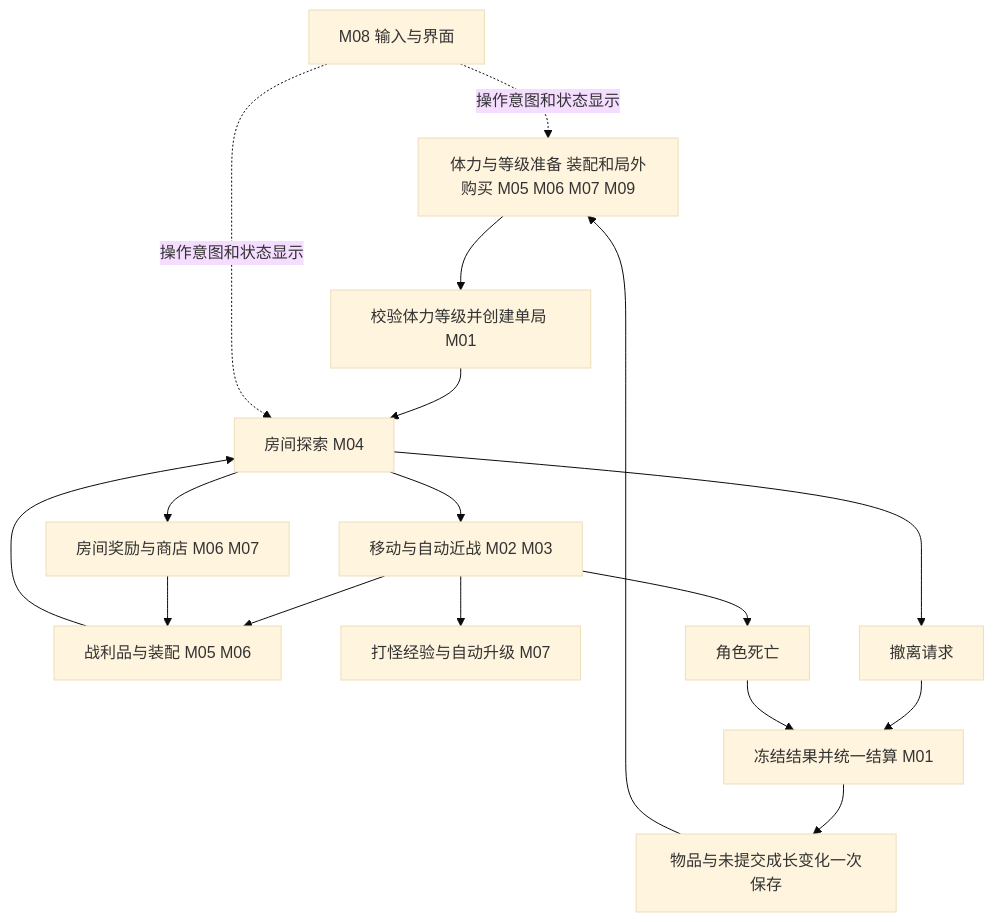
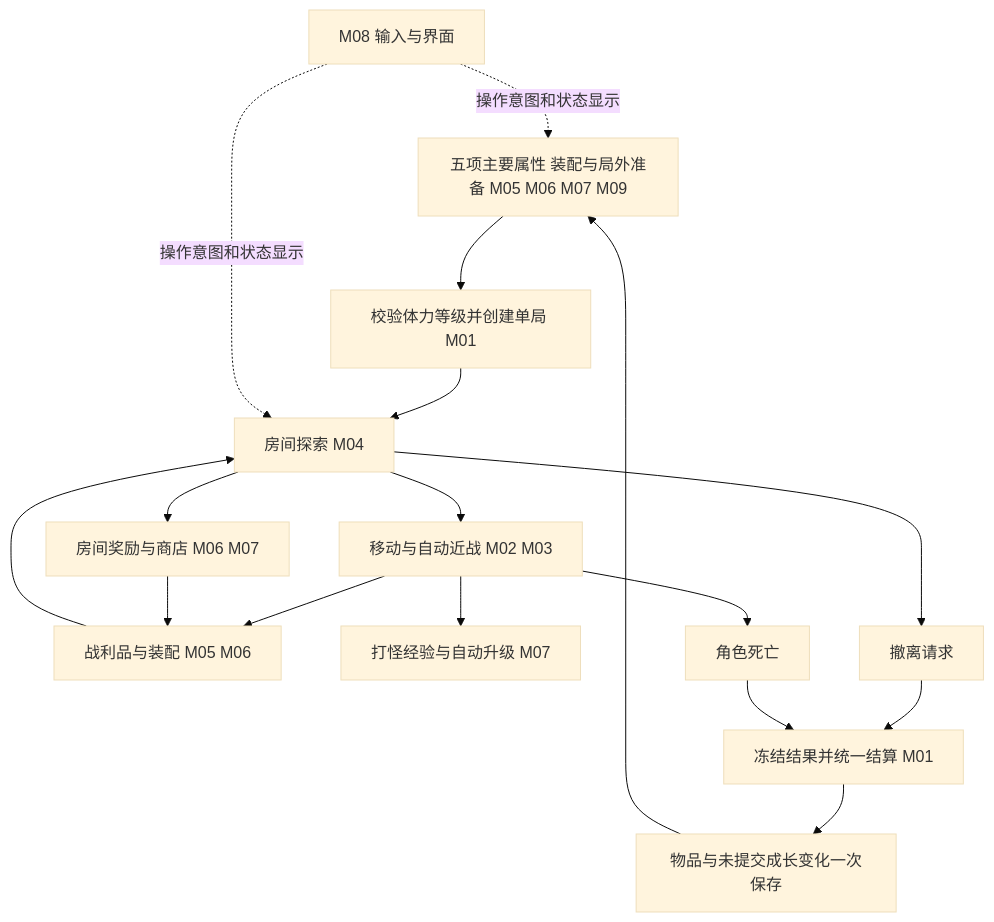
The diagram in docs/project/玩法模块与迭代计划.md (xujianan13/ProjectExtraction), drawn with Mermaid (base theme) before and after one commit. The commit also changed other lines of this file and 15 other files, not shown here.

````diff
--- a/docs/project/玩法模块与迭代计划.md
+++ b/docs/project/玩法模块与迭代计划.md
@@ -67,19 +70,19 @@
 ```mermaid
 flowchart TD
-    A[体力与等级准备 装配和局外购买 M05 M06 M07 M09] --> B[校验体力等级并创建单局 M01]
+    A[五项主要属性 装配与局外准备 M05 M06 M07 M09] --> B[校验体力等级并创建单局 M01]
     B --> C[房间探索 M04]
     C --> D[移动与自动近战 M02 M03]
     C --> E[房间奖励与商店 M06 M07]
     D --> F[战利品与装配 M05 M06]
     D --> L[打怪经验与自动升级 M07]
     E --> F
     F --> C
     C --> G[撤离请求]
     D --> H[角色死亡]
     G --> I[冻结结果并统一结算 M01]
     H --> I
     I --> J[物品与未提交成长变化一次保存]
     J --> A
     K[M08 输入与界面] -.操作意图和状态显示.-> C
     K -.操作意图和状态显示.-> A
 ```
````
